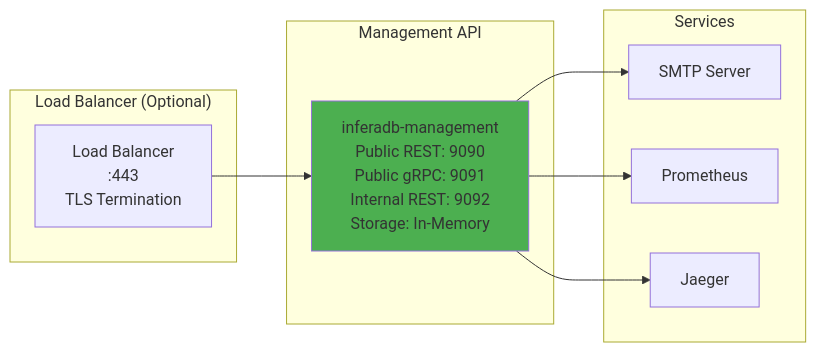
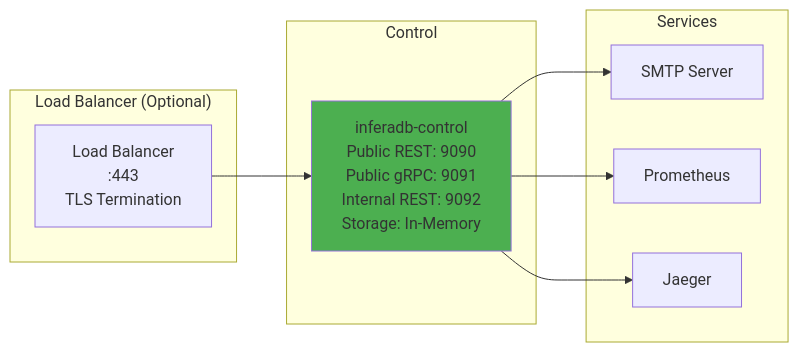
Before and after one commit to inferadb/control: the second of 10 diagrams in docs/architecture.md, drawn with Mermaid. The commit also changed other lines of this file and 245 other files, not shown here.

````diff
--- a/docs/architecture.md
+++ b/docs/architecture.md
@@ -96,23 +96,23 @@
 ```mermaid
 graph LR
     subgraph "Load Balancer (Optional)"
         LB[Load Balancer<br/>:443<br/>TLS Termination]
     end
 
-    subgraph "Management API"
-        API[inferadb-management<br/>Public REST: 9090<br/>Public gRPC: 9091<br/>Internal REST: 9092<br/>Storage: In-Memory]
+    subgraph "Control"
+        API[inferadb-control<br/>Public REST: 9090<br/>Public gRPC: 9091<br/>Internal REST: 9092<br/>Storage: In-Memory]
     end
 
     subgraph "Services"
         SMTP[SMTP Server]
         Prom[Prometheus]
         Jaeger[Jaeger]
     end
 
     LB --> API
     API --> SMTP
     API --> Prom
     API --> Jaeger
 
     style API fill:#4CAF50
 ```
````
